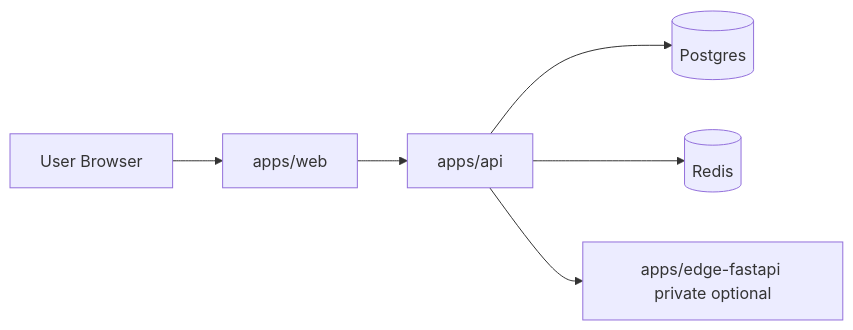
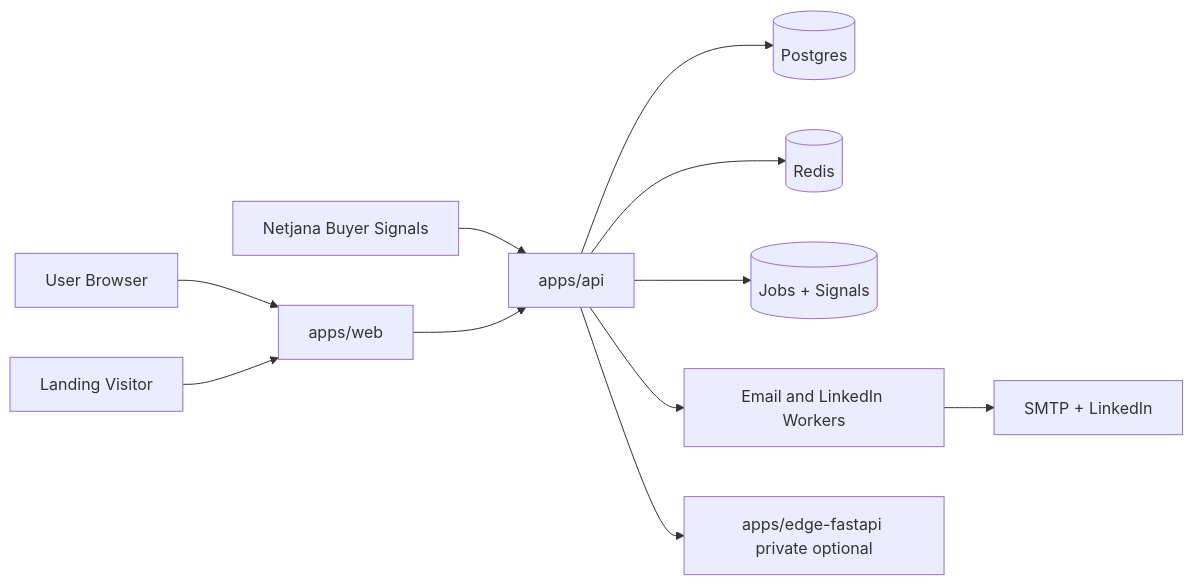
Before and after one commit to Convospanai-outreach/fullstack: the diagram in MASTER_SYSTEM_ARCHITECTURE.md, drawn with Mermaid. The commit also changed other lines of this file and 6 other files, not shown here.

Commit message:
Show Netjana signal architecture flows

````diff
--- a/MASTER_SYSTEM_ARCHITECTURE.md
+++ b/MASTER_SYSTEM_ARCHITECTURE.md
@@ -29,8 +30,13 @@
 ```mermaid
 flowchart LR
     U[User Browser] --> W[apps/web]
+    V[Landing Visitor] --> W
+    N[Netjana Buyer Signals] --> A[apps/api]
     W --> A[apps/api]
     A --> P[(Postgres)]
     A --> R[(Redis)]
+    A --> J[(Jobs + Signals)]
+    A --> C[Email and LinkedIn Workers]
+    C --> X[SMTP + LinkedIn]
     A --> E[apps/edge-fastapi private optional]
 ```
````
